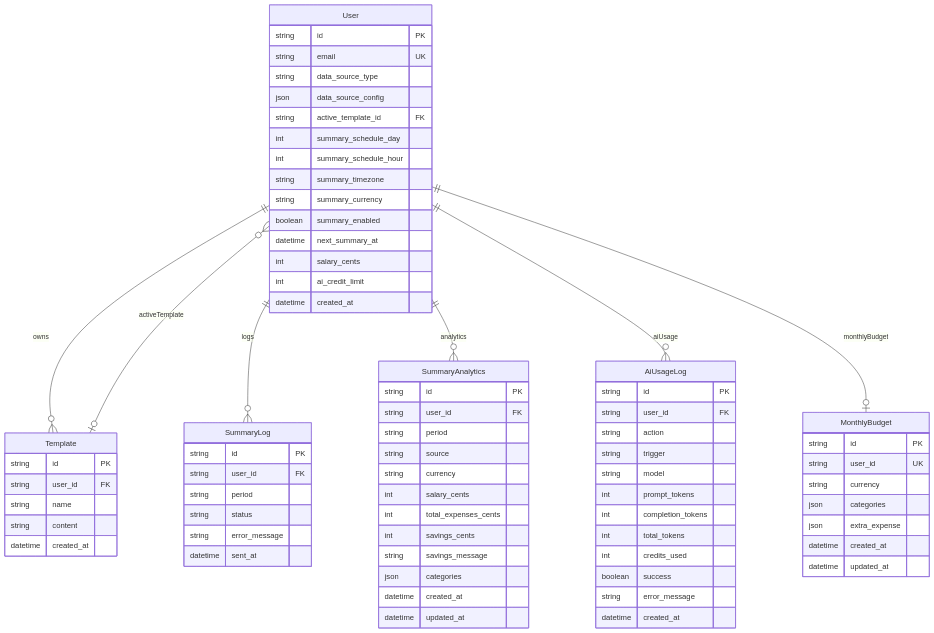
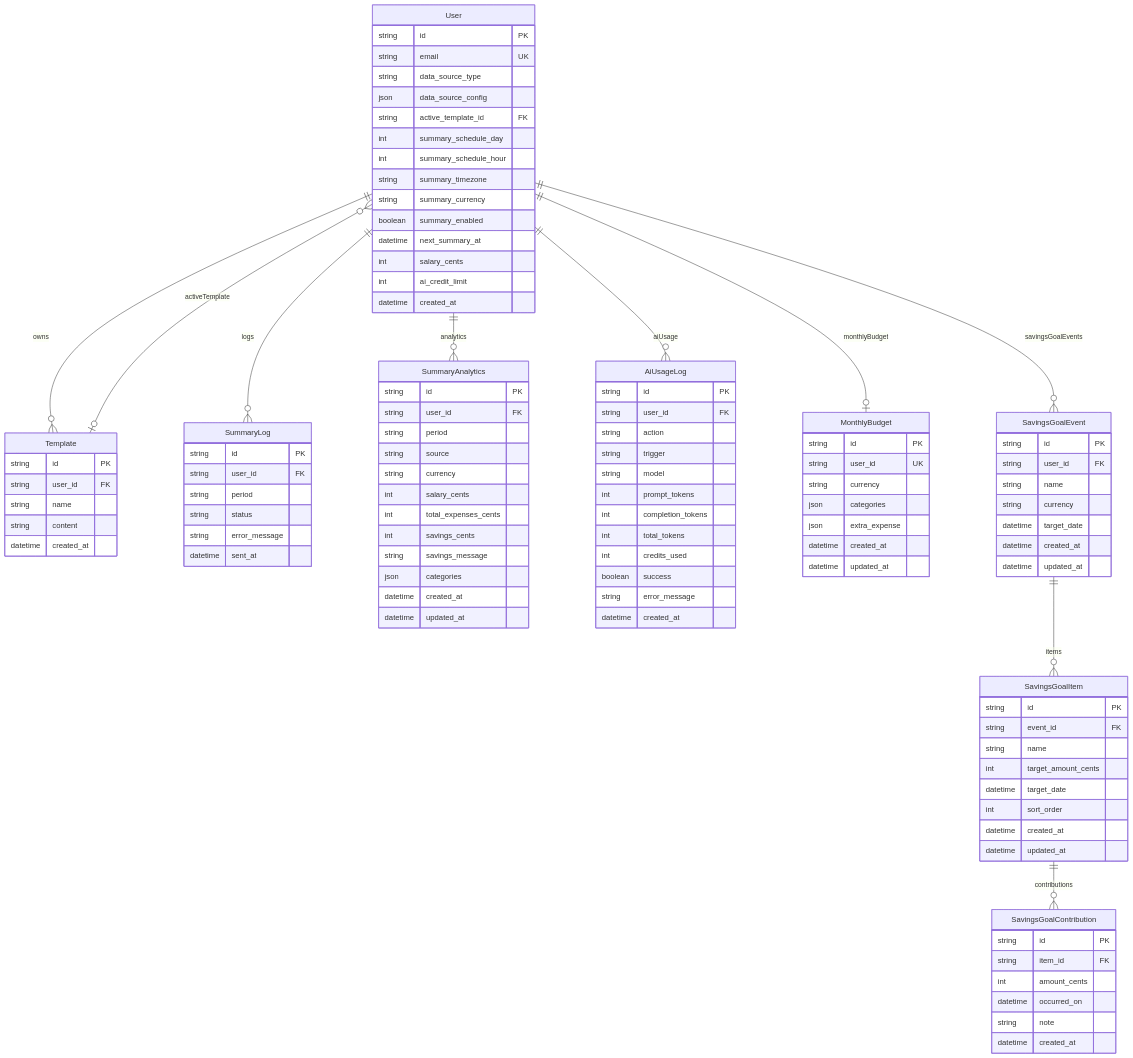
Before and after one commit to PatrykS-ORG/expenses-tracking-backend: the diagram in docs/database.md, drawn with Mermaid. The commit also changed other lines of this file and 18 other files, not shown here.

```diff
--- a/docs/database.md
+++ b/docs/database.md
@@ -239,6 +292,9 @@
   User ||--o{ SummaryAnalytics : analytics
   User ||--o{ AiUsageLog : aiUsage
   User ||--o| MonthlyBudget : monthlyBudget
+  User ||--o{ SavingsGoalEvent : savingsGoalEvents
+  SavingsGoalEvent ||--o{ SavingsGoalItem : items
+  SavingsGoalItem ||--o{ SavingsGoalContribution : contributions
   User {
     string id PK
     string email UK
@@ -293,6 +349,33 @@
     datetime created_at
     datetime updated_at
   }
+  SavingsGoalEvent {
+    string id PK
+    string user_id FK
+    string name
+    string currency
+    datetime target_date
+    datetime created_at
+    datetime updated_at
+  }
+  SavingsGoalItem {
+    string id PK
+    string event_id FK
+    string name
+    int target_amount_cents
+    datetime target_date
+    int sort_order
+    datetime created_at
+    datetime updated_at
+  }
+  SavingsGoalContribution {
+    string id PK
+    string item_id FK
+    int amount_cents
+    datetime occurred_on
+    string note
+    datetime created_at
+  }
   AiUsageLog {
     string id PK
     string user_id FK
```
